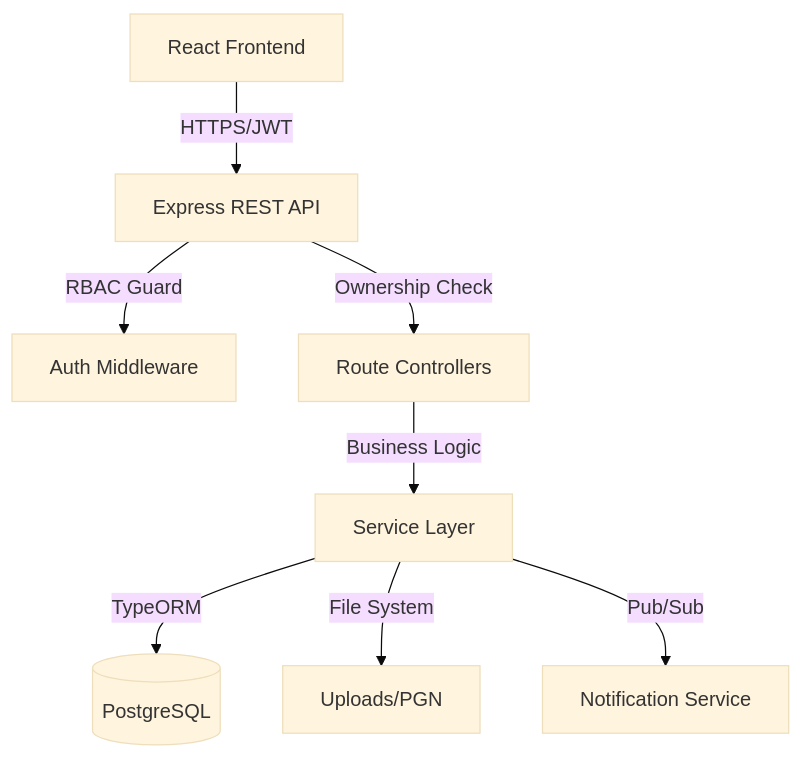
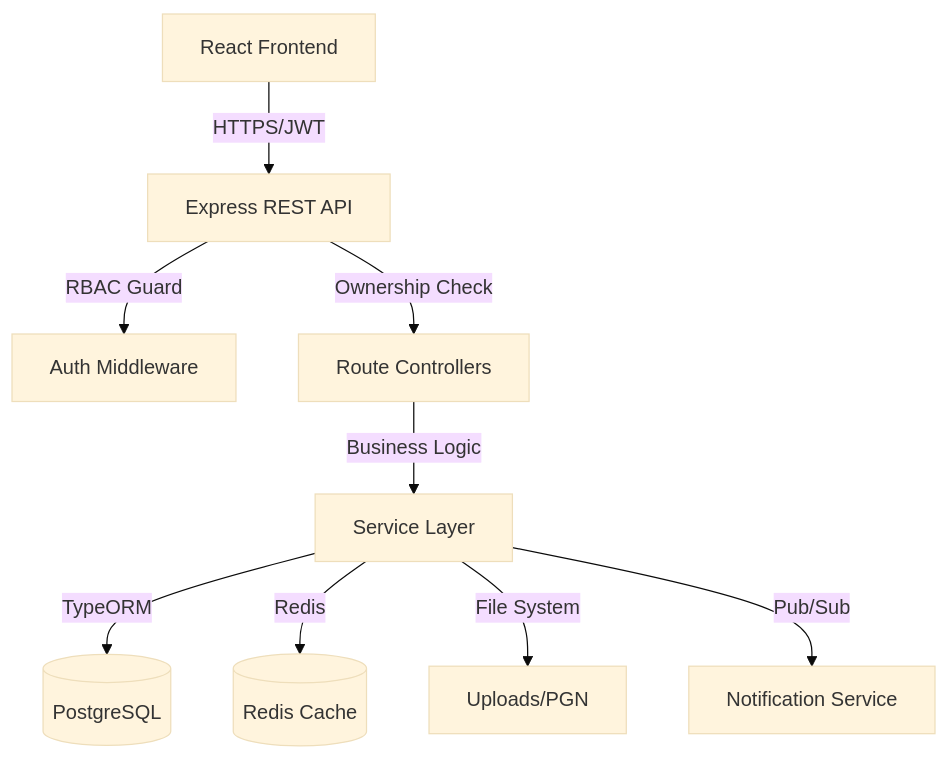
Before and after one commit to mfzlur/ADL-T1-26_IITM: the diagram in README.md, drawn with Mermaid (base theme). The commit also changed other lines of this file and 19 other files, not shown here.

````diff
--- a/README.md
+++ b/README.md
@@ -58,10 +58,11 @@
 ```mermaid
 graph TD
     Client[React Frontend] -- HTTPS/JWT --> API[Express REST API]
     API -- RBAC Guard --> Auth[Auth Middleware]
     API -- Ownership Check --> Controllers[Route Controllers]
     Controllers -- Business Logic --> Services[Service Layer]
     Services -- TypeORM --> DB[(PostgreSQL)]
+    Services -- Redis --> Cache[(Redis Cache)]
     Services -- File System --> Storage[Uploads/PGN]
     Services -- Pub/Sub --> Notifications[Notification Service]
 ```
````
